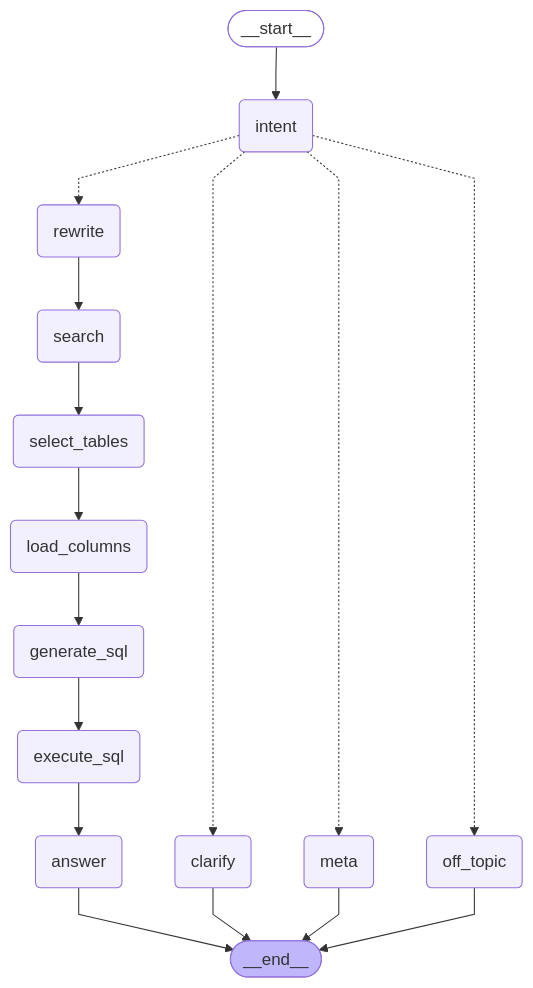
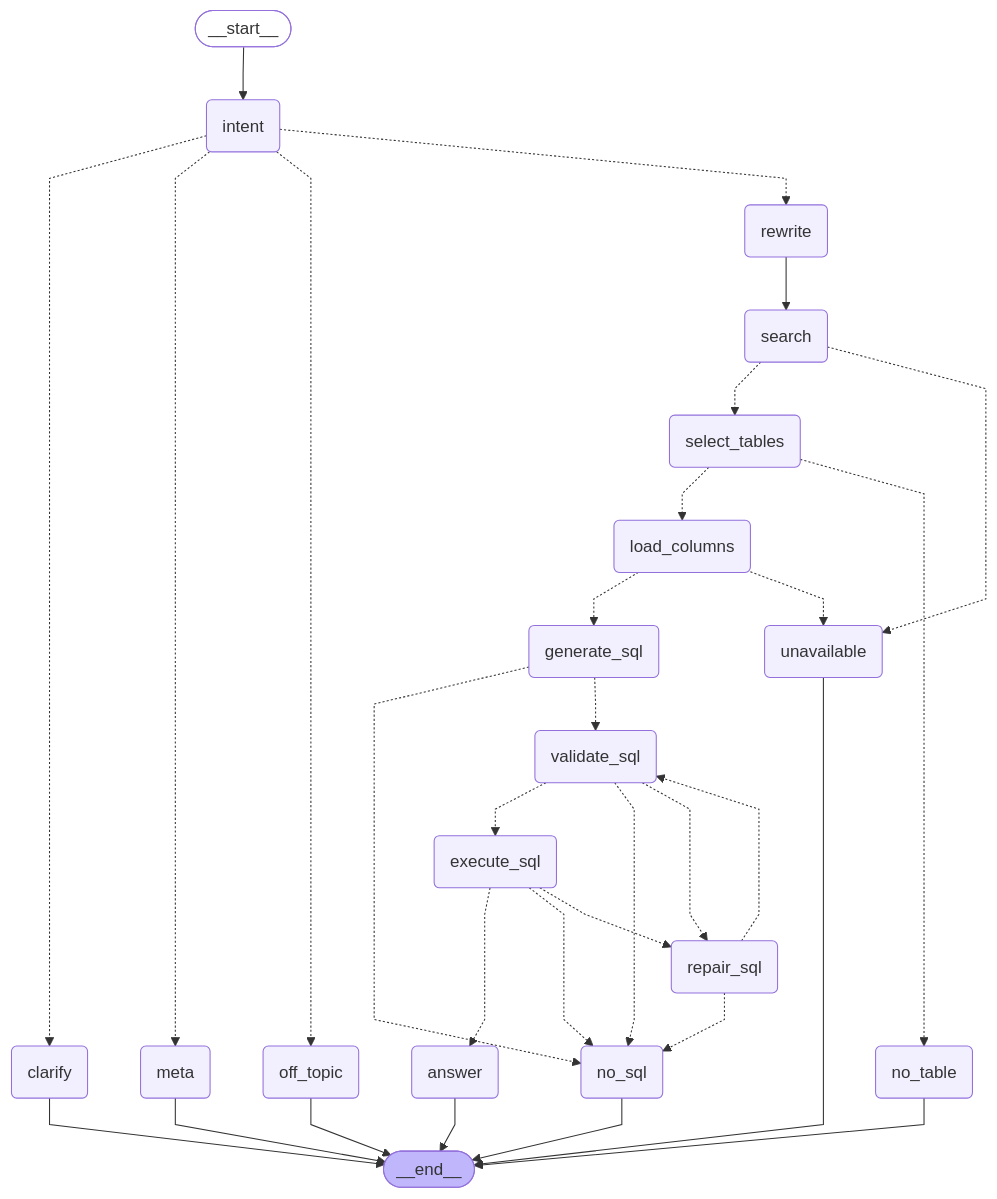
Before and after one commit to danmac423/us-population-agent: the diagram in docs/graph.md, drawn with Mermaid. The commit also changed 10 other files, not shown here.

First line of the commit message:
Add SQL validation and repair loop

````diff
--- a/docs/graph.md
+++ b/docs/graph.md
@@ -5,39 +5,58 @@
 ```mermaid
 ---
 config:
   flowchart:
     curve: linear
 ---
 graph TD;
 	__start__([<p>__start__</p>]):::first
 	intent(intent)
 	rewrite(rewrite)
 	search(search)
 	select_tables(select_tables)
 	load_columns(load_columns)
 	generate_sql(generate_sql)
+	repair_sql(repair_sql)
+	validate_sql(validate_sql)
 	execute_sql(execute_sql)
 	answer(answer)
+	no_table(no_table)
+	no_sql(no_sql)
+	unavailable(unavailable)
 	clarify(clarify)
 	meta(meta)
 	off_topic(off_topic)
 	__end__([<p>__end__</p>]):::last
 	__start__ --> intent;
-	execute_sql --> answer;
-	generate_sql --> execute_sql;
+	execute_sql -.-> answer;
+	execute_sql -.-> no_sql;
+	execute_sql -.-> repair_sql;
+	generate_sql -.-> no_sql;
+	generate_sql -.-> validate_sql;
 	intent -.-> clarify;
 	intent -.-> meta;
 	intent -.-> off_topic;
 	intent -.-> rewrite;
-	load_columns --> generate_sql;
+	load_columns -.-> generate_sql;
+	load_columns -.-> unavailable;
+	repair_sql -.-> no_sql;
+	repair_sql -.-> validate_sql;
 	rewrite --> search;
-	search --> select_tables;
-	select_tables --> load_columns;
+	search -.-> select_tables;
+	search -.-> unavailable;
+	select_tables -.-> load_columns;
+	select_tables -.-> no_table;
+	validate_sql -.-> execute_sql;
+	validate_sql -.-> no_sql;
+	validate_sql -.-> repair_sql;
 	answer --> __end__;
 	clarify --> __end__;
 	meta --> __end__;
+	no_sql --> __end__;
+	no_table --> __end__;
 	off_topic --> __end__;
+	unavailable --> __end__;
 	classDef default fill:#f2f0ff,line-height:1.2
 	classDef first fill-opacity:0
 	classDef last fill:#bfb6fc
 ```
````
